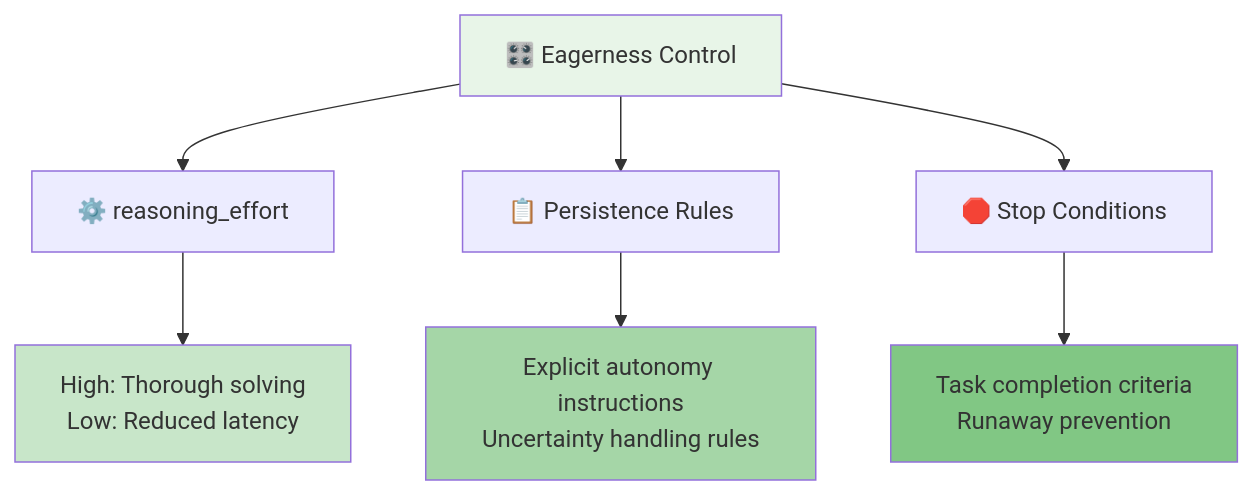
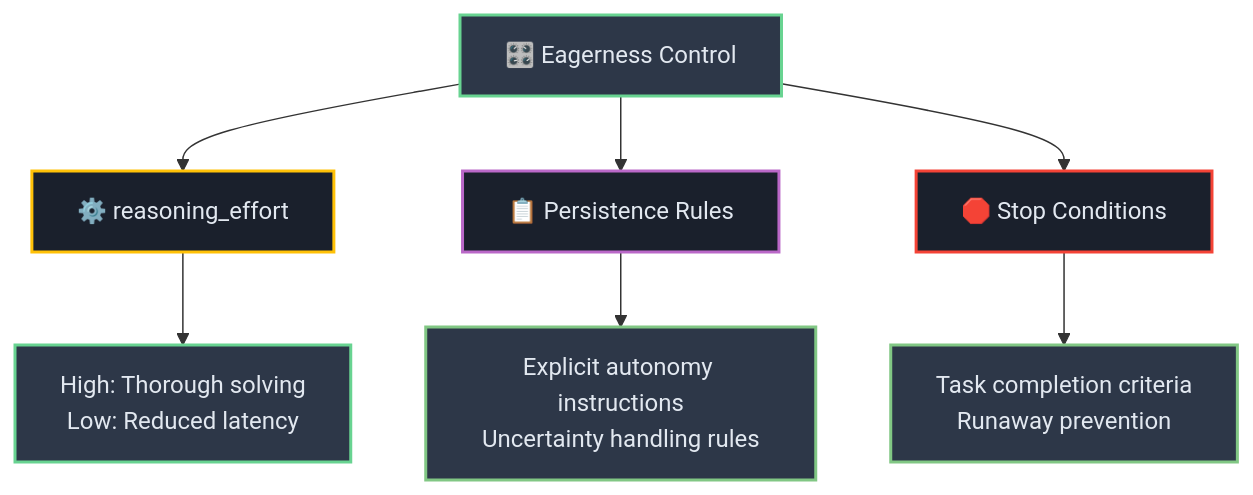
Before and after one commit to josemlopez/prompt_tutorial: the second of 6 diagrams in Part_II_Section_6_Implementing_Agentic_Blueprints_Model-Specific_Architectures.md, drawn with Mermaid. The commit also changed other lines of this file and 7 other files, not shown here.

````diff
--- a/Part_II_Section_6_Implementing_Agentic_Blueprints_Model-Specific_Architectures.md
+++ b/Part_II_Section_6_Implementing_Agentic_Blueprints_Model-Specific_Architectures.md
@@ -52,15 +55,18 @@
 ```mermaid
 graph TD
-    A[🎛️ Eagerness Control] --> B[⚙️ reasoning_effort]
-    A --> C[📋 Persistence Rules]
-    A --> D[🛑 Stop Conditions]
-    
-    B --> E[High: Thorough solving<br/>Low: Reduced latency]
-    C --> F[Explicit autonomy instructions<br/>Uncertainty handling rules]
-    D --> G[Task completion criteria<br/>Runaway prevention]
-    
-    style A fill:#e8f5e8
-    style E fill:#c8e6c9
-    style F fill:#a5d6a7
-    style G fill:#81c784
+   A[🎛️ Eagerness Control] --> B[⚙️ reasoning_effort]
+   A --> C[📋 Persistence Rules]
+   A --> D[🛑 Stop Conditions]
+   
+   B --> E[High: Thorough solving<br/>Low: Reduced latency]
+   C --> F[Explicit autonomy instructions<br/>Uncertainty handling rules]
+   D --> G[Task completion criteria<br/>Runaway prevention]
+   
+   style A fill:#2d3748,stroke:#68d391,stroke-width:2px,color:#e2e8f0
+   style B fill:#1a202c,stroke:#ffc107,stroke-width:2px,color:#e2e8f0
+   style C fill:#1a202c,stroke:#ba68c8,stroke-width:2px,color:#e2e8f0
+   style D fill:#1a202c,stroke:#f44336,stroke-width:2px,color:#e2e8f0
+   style E fill:#2d3748,stroke:#68d391,stroke-width:2px,color:#e2e8f0
+   style F fill:#2d3748,stroke:#81c784,stroke-width:2px,color:#e2e8f0
+   style G fill:#2d3748,stroke:#81c784,stroke-width:2px,color:#e2e8f0
 ```
````
